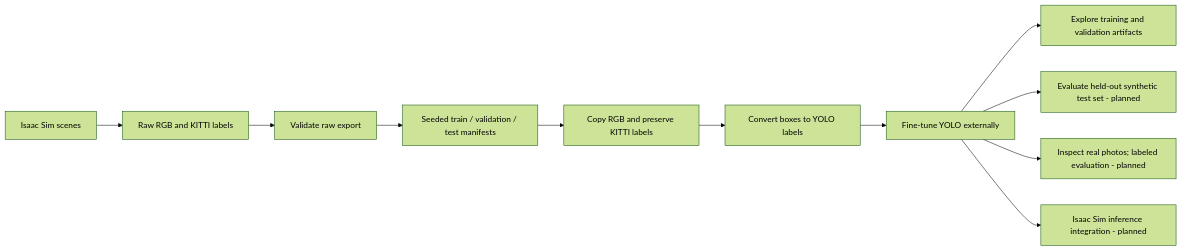
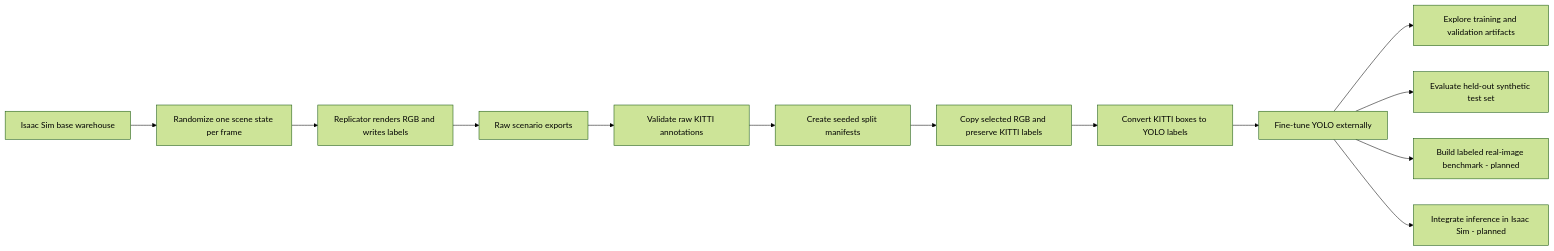
The diagram in README.md (Gallections/issac-sim-pallet-jack-perception), drawn with Mermaid (forest theme) before and after one commit. The commit also changed other lines of this file and 15 other files, not shown here.

````diff
--- a/README.md
+++ b/README.md
@@ -18,13 +26,15 @@
 ```mermaid
 flowchart LR
-    A[Isaac Sim scenes] --> B[Raw RGB and KITTI labels]
-    B --> C[Validate raw export]
-    C --> D[Seeded train / validation / test manifests]
-    D --> E[Copy RGB and preserve KITTI labels]
-    E --> F[Convert boxes to YOLO labels]
-    F --> G[Fine-tune YOLO externally]
-    G --> H[Explore training and validation artifacts]
-    G --> I[Evaluate held-out synthetic test set - planned]
-    G --> J[Inspect real photos; labeled evaluation - planned]
-    G --> K[Isaac Sim inference integration - planned]
+    A[Isaac Sim base warehouse] --> B[Randomize one scene state per frame]
+    B --> C[Replicator renders RGB and writes labels]
+    C --> D[Raw scenario exports]
+    D --> E[Validate raw KITTI annotations]
+    E --> F[Create seeded split manifests]
+    F --> G[Copy selected RGB and preserve KITTI labels]
+    G --> H[Convert KITTI boxes to YOLO labels]
+    H --> I[Fine-tune YOLO externally]
+    I --> J[Explore training and validation artifacts]
+    I --> K[Evaluate held-out synthetic test set]
+    I --> L[Build labeled real-image benchmark - planned]
+    I --> M[Integrate inference in Isaac Sim - planned]
 ```
````
